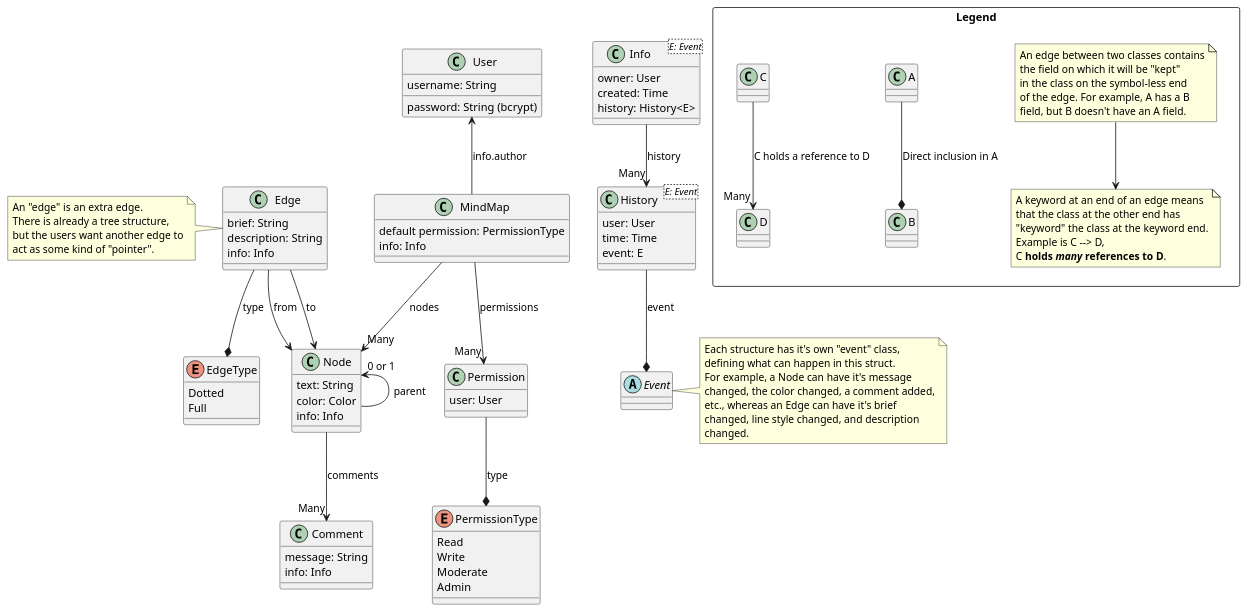
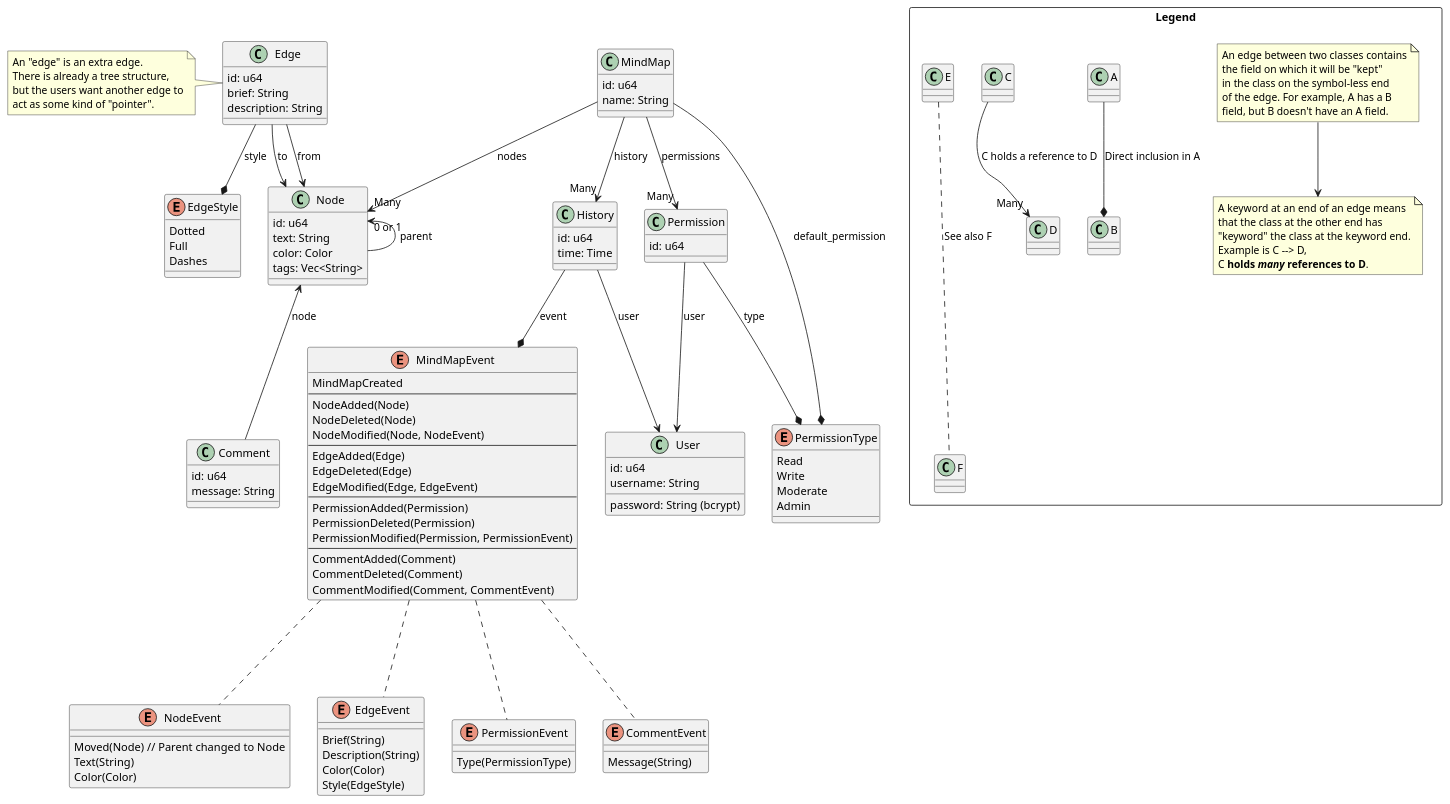
Before and after one commit to FlatBartender/mindmap: the diagram in specs/classes.puml, drawn with PlantUML.

Commit message:
Bunch of stuff.

```diff
--- a/specs/classes.puml
+++ b/specs/classes.puml
@@ -1,126 +1,165 @@
 @startuml
 
 class MindMap {
-	default permission: PermissionType
-	info: Info
+	id: u64
+	name: String
 }
 
 MindMap --> "Many" Node : nodes
 MindMap --> "Many" Permission : permissions
+MindMap --* PermissionType : default_permission
+MindMap --> "Many" History : history
 
 class Permission {
-	user: User
+	id: u64
 }
 
+Permission --> User : user
 Permission --* PermissionType : type
 
 enum PermissionType {
 	Read
 	Write
 	Moderate
 	Admin
 }
 
 class Node {
+	id: u64
 	text: String
 	color: Color
-	info: Info
+	tags: Vec<String>
 }
 
 Node "0 or 1" <-- Node : parent
 
 class Comment {
+	id: u64
 	message: String
-	info: Info
 }
 
-Node --> "Many" Comment : comments
+Node <-- Comment : node
 
 class Edge {
+	id: u64
 	brief: String
 	description: String
-	info: Info
 }
 
 note left of Edge
 	An "edge" is an extra edge. 
 	There is already a tree structure,
 	but the users want another edge to
 	act as some kind of "pointer".
 end note
 
 Edge --> Node : from
 Edge --> Node : to
 
-enum EdgeType {
+enum EdgeStyle {
 	Dotted
 	Full
+	Dashes
 }
 
-Edge --* EdgeType : type
+Edge --* EdgeStyle : style
 
 class User {
+	id: u64
 	username: String
 	password: String (bcrypt)
 }
 
-User <-- MindMap : info.author
-
-class Info<E: Event> {
-	owner: User
-	created: Time
-	history: History<E>
+class History {
+	id: u64
+	time: Time
 }
 
-class History<E: Event> {
-	user: User
-	time: Time
-	event: E
+History --> User : user
+
+enum MindMapEvent {
+	MindMapCreated
+	---
+	NodeAdded(Node)
+	NodeDeleted(Node)
+	NodeModified(Node, NodeEvent)
+	---
+	EdgeAdded(Edge)
+	EdgeDeleted(Edge)
+	EdgeModified(Edge, EdgeEvent)
+	---
+	PermissionAdded(Permission)
+	PermissionDeleted(Permission)
+	PermissionModified(Permission, PermissionEvent)
+	---
+	CommentAdded(Comment)
+	CommentDeleted(Comment)
+	CommentModified(Comment, CommentEvent)
 }
 
-abstract class Event
+History --* MindMapEvent : event
 
-Info --> "Many" History : history
-History --* Event : event
+enum NodeEvent {
+	Moved(Node) // Parent changed to Node
+	Text(String)
+	Color(Color)
+}
 
-note right of Event
-	Each structure has it's own "event" class,
-	defining what can happen in this struct.
-	For example, a Node can have it's message
-	changed, the color changed, a comment added,
-	etc., whereas an Edge can have it's brief
-	changed, line style changed, and description
-	changed.
-end note
+MindMapEvent ... NodeEvent
+
+enum EdgeEvent {
+	Brief(String)
+	Description(String)
+	Color(Color)
+	Style(EdgeStyle)
+}
+
+MindMapEvent ... EdgeEvent
+
+enum PermissionEvent {
+	Type(PermissionType)
+}
+
+MindMapEvent ... PermissionEvent
+
+enum CommentEvent {
+	Message(String)
+}
+
+MindMapEvent ... CommentEvent
 
 package Legend <<Rectangle>> {
 	class A
 	class B
 	A --* B : Direct inclusion in A
 
 	class C
 	class D
 	C --> "Many" D : C holds a reference to D
+
+	class E
+	class F
+	E ... F : See also F
 
 	together {
 		note as legend_note_1
 			An edge between two classes contains
 			the field on which it will be "kept"
 			in the class on the symbol-less end
 			of the edge. For example, A has a B
 			field, but B doesn't have an A field.
 		end note
 
 		note as legend_note_2
 			A keyword at an end of an edge means
 			that the class at the other end has
 			"keyword" the class at the keyword end.
 			Example is C --> D,
 			C <b>holds <i>many</i> references to D</b>.
 		end note
 
 		legend_note_1 -down-> legend_note_2
 	}
 }
 
 @enduml
```
